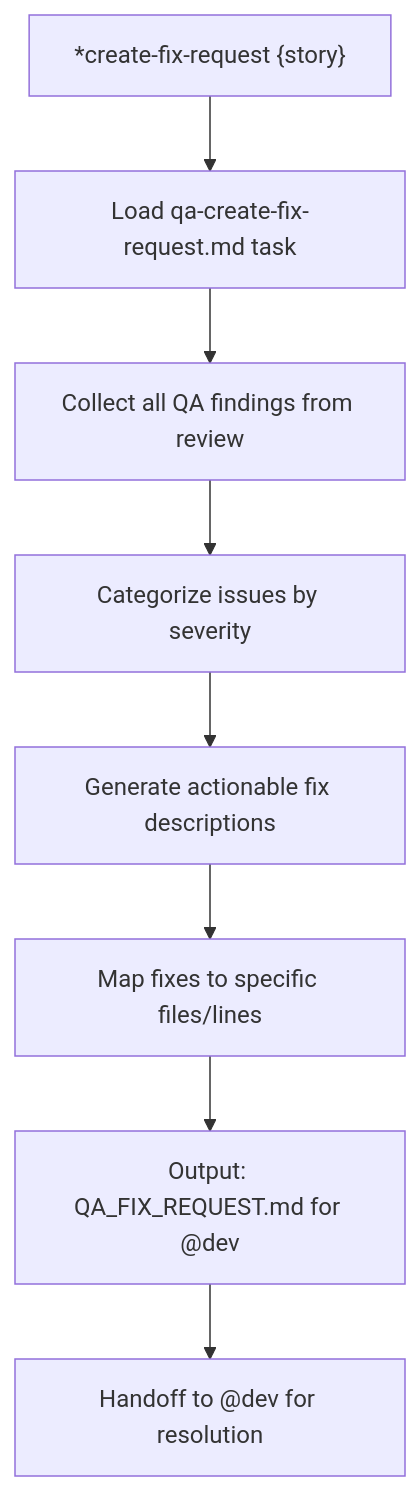
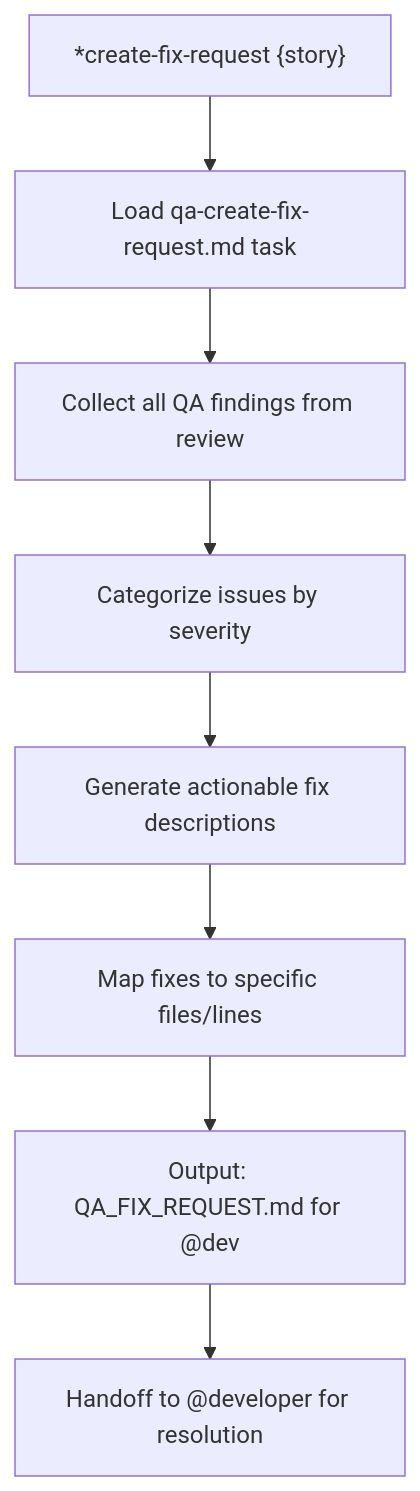
Before and after one commit to caioimori/sinapse-ai: the eighth of 19 diagrams in docs/guides/agents/traces/qa-execution-trace.md, drawn with Mermaid. The commit also changed other lines of this file and 873 other files, not shown here.

````diff
--- a/docs/guides/agents/traces/qa-execution-trace.md
+++ b/docs/guides/agents/traces/qa-execution-trace.md
@@ -332,10 +332,10 @@
 ```mermaid
 flowchart TD
     A["*create-fix-request {story}"] --> B[Load qa-create-fix-request.md task]
     B --> C[Collect all QA findings from review]
     C --> D[Categorize issues by severity]
     D --> E[Generate actionable fix descriptions]
     E --> F[Map fixes to specific files/lines]
     F --> G["Output: QA_FIX_REQUEST.md for @dev"]
-    G --> H[Handoff to @dev for resolution]
+    G --> H[Handoff to @developer for resolution]
 ```
````
